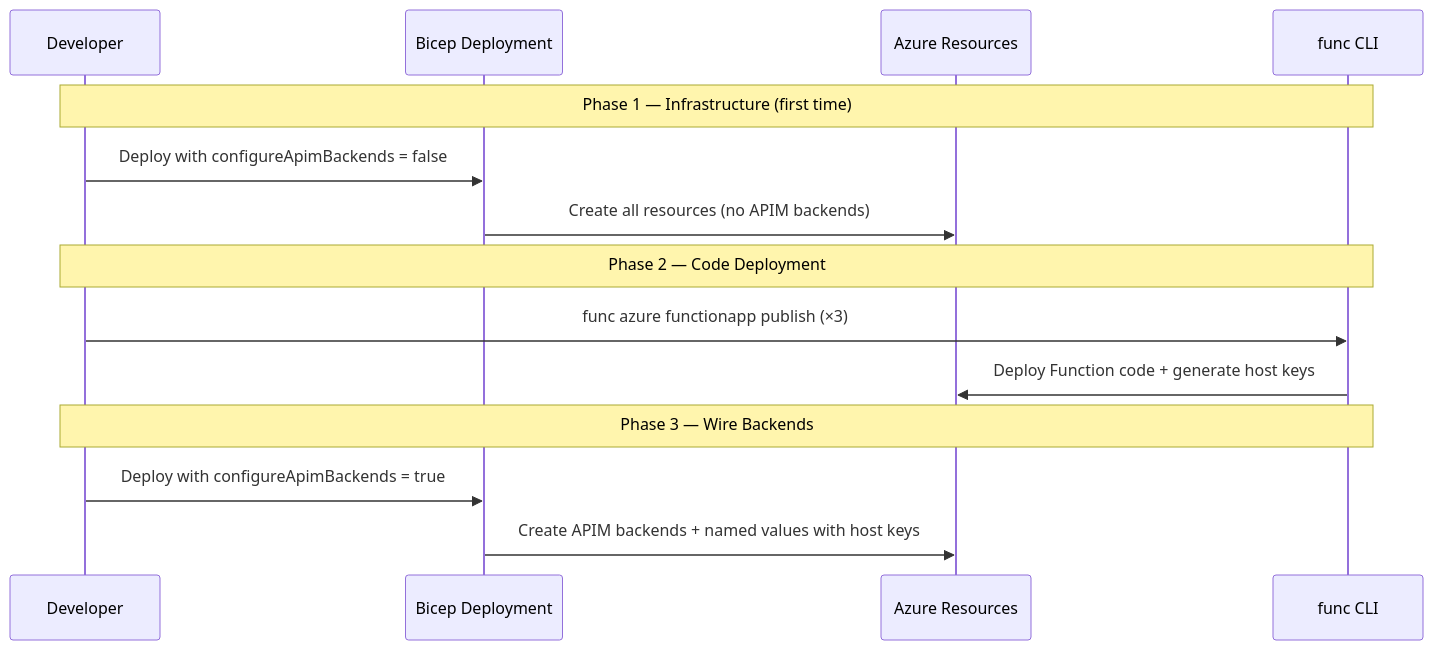
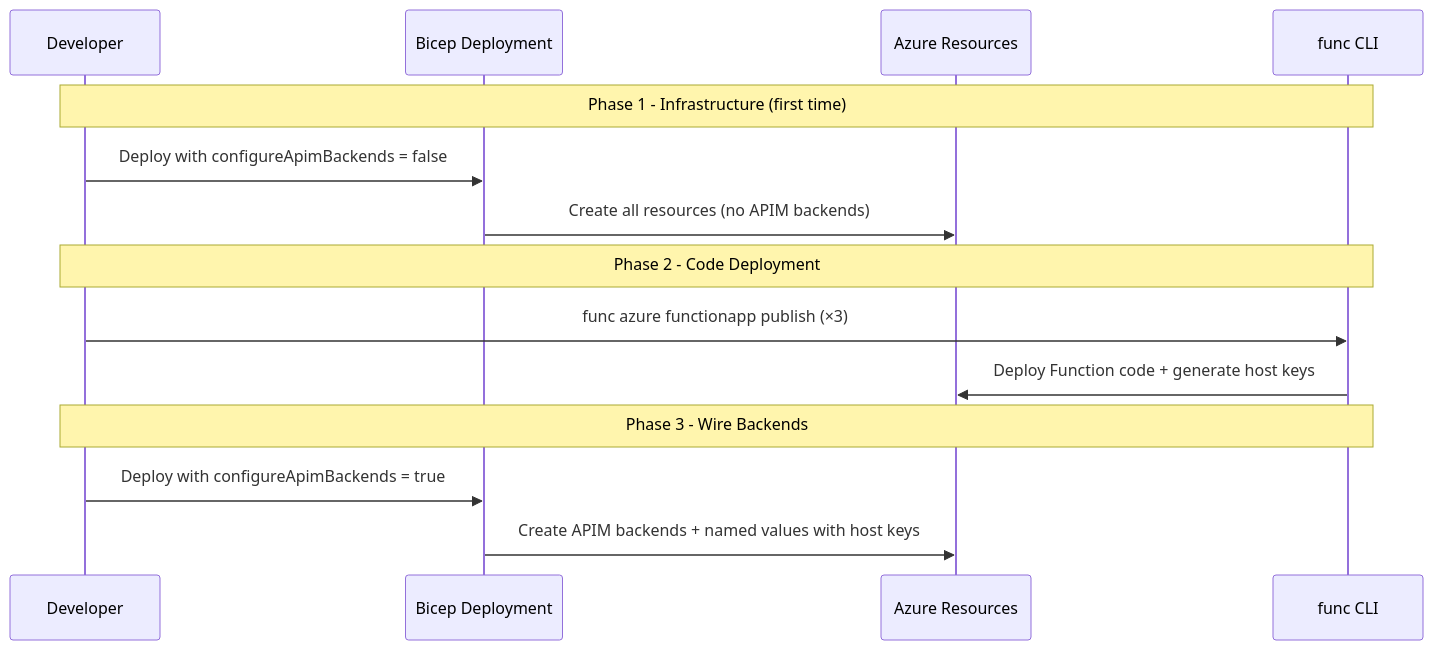
Before and after one commit to dejanefremovout/LawOffice: the third of 4 diagrams in docs/architecture/INFRASTRUCTURE_AND_DEPLOYMENT.md, drawn with Mermaid. The commit also changed other lines of this file and 8 other files, not shown here.

````diff
--- a/docs/architecture/INFRASTRUCTURE_AND_DEPLOYMENT.md
+++ b/docs/architecture/INFRASTRUCTURE_AND_DEPLOYMENT.md
@@ -188,19 +188,19 @@
 ```mermaid
 sequenceDiagram
     participant Dev as Developer
     participant Bicep as Bicep Deployment
     participant Azure as Azure Resources
     participant Func as func CLI
 
-    Note over Dev,Func: Phase 1 — Infrastructure (first time)
+    Note over Dev,Func: Phase 1 - Infrastructure (first time)
     Dev->>Bicep: Deploy with configureApimBackends = false
     Bicep->>Azure: Create all resources (no APIM backends)
 
-    Note over Dev,Func: Phase 2 — Code Deployment
+    Note over Dev,Func: Phase 2 - Code Deployment
     Dev->>Func: func azure functionapp publish (×3)
     Func->>Azure: Deploy Function code + generate host keys
 
-    Note over Dev,Func: Phase 3 — Wire Backends
+    Note over Dev,Func: Phase 3 - Wire Backends
     Dev->>Bicep: Deploy with configureApimBackends = true
     Bicep->>Azure: Create APIM backends + named values with host keys
 ```
````
